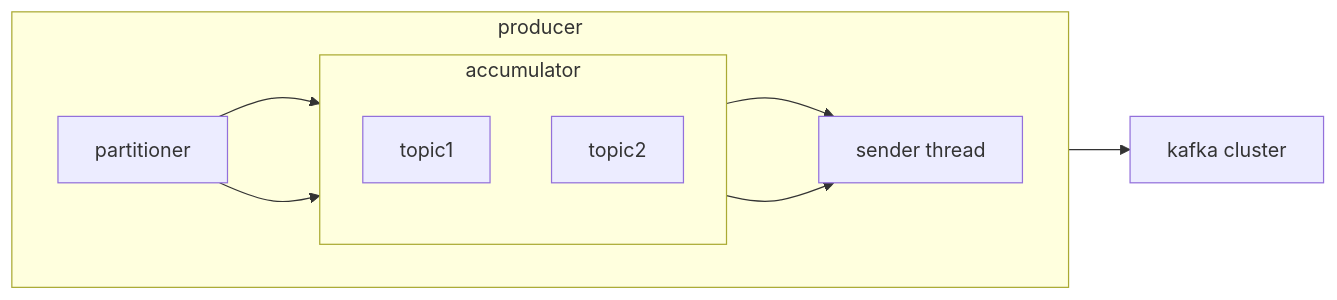
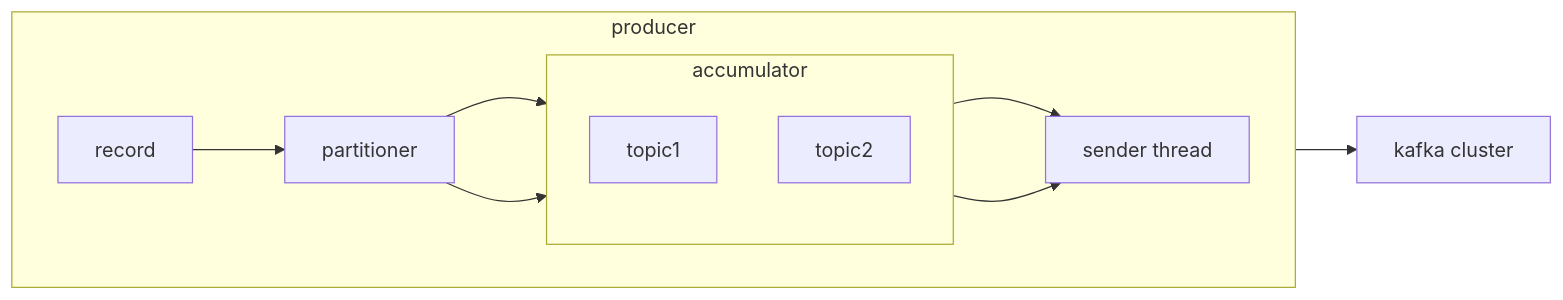
The second of 3 diagrams in apache-kafka-with-kotlin/readme.md (kyungrae/study), drawn with Mermaid before and after one commit. The commit also changed 2 other files, not shown here.

Commit message:
[elasticserach] 분석기 구조 그림 추가

````diff
--- a/apache-kafka-with-kotlin/readme.md
+++ b/apache-kafka-with-kotlin/readme.md
@@ -50,17 +50,19 @@
 ```mermaid
 flowchart LR
   subgraph producer
     direction LR
+    record
     partitioner
     subgraph accumulator
         direction TB
         topic1
         topic2
     end
+    record --> partitioner
     partitioner --> topic1
     partitioner --> topic2
     topic1 --> sender[sender thread]
     topic2 --> sender
   end
   sender --> kafka[kafka cluster]
 ```
````
